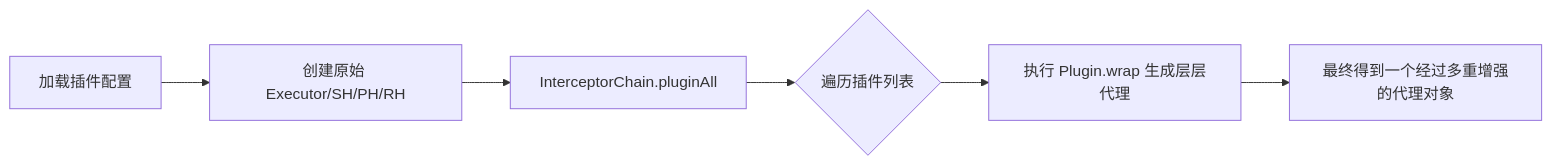
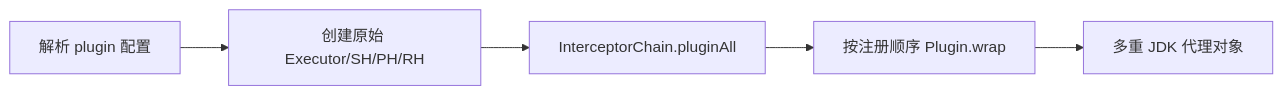
One commit to Aiden-Coding/AiDocs changed the first of 3 diagrams in docs/java/persistence/2-mybatis-cache-plugin.md. Above: the diagram before and after it, drawn with Mermaid. The commit also changed other lines of this file and 21 other files, not shown here.

````diff
--- a/docs/java/persistence/2-mybatis-cache-plugin.md
+++ b/docs/java/persistence/2-mybatis-cache-plugin.md
@@ -26,8 +32,7 @@
 ```mermaid
-graph LR
-    A[加载插件配置] --> B[创建原始 Executor/SH/PH/RH]
+flowchart LR
+    A[解析 plugin 配置] --> B[创建原始 Executor/SH/PH/RH]
     B --> C[InterceptorChain.pluginAll]
-    C --> D{遍历插件列表}
-    D --> E[执行 Plugin.wrap 生成层层代理]
-    E --> F[最终得到一个经过多重增强的代理对象]
+    C --> D[按注册顺序 Plugin.wrap]
+    D --> E[多重 JDK 代理对象]
 ```
````
